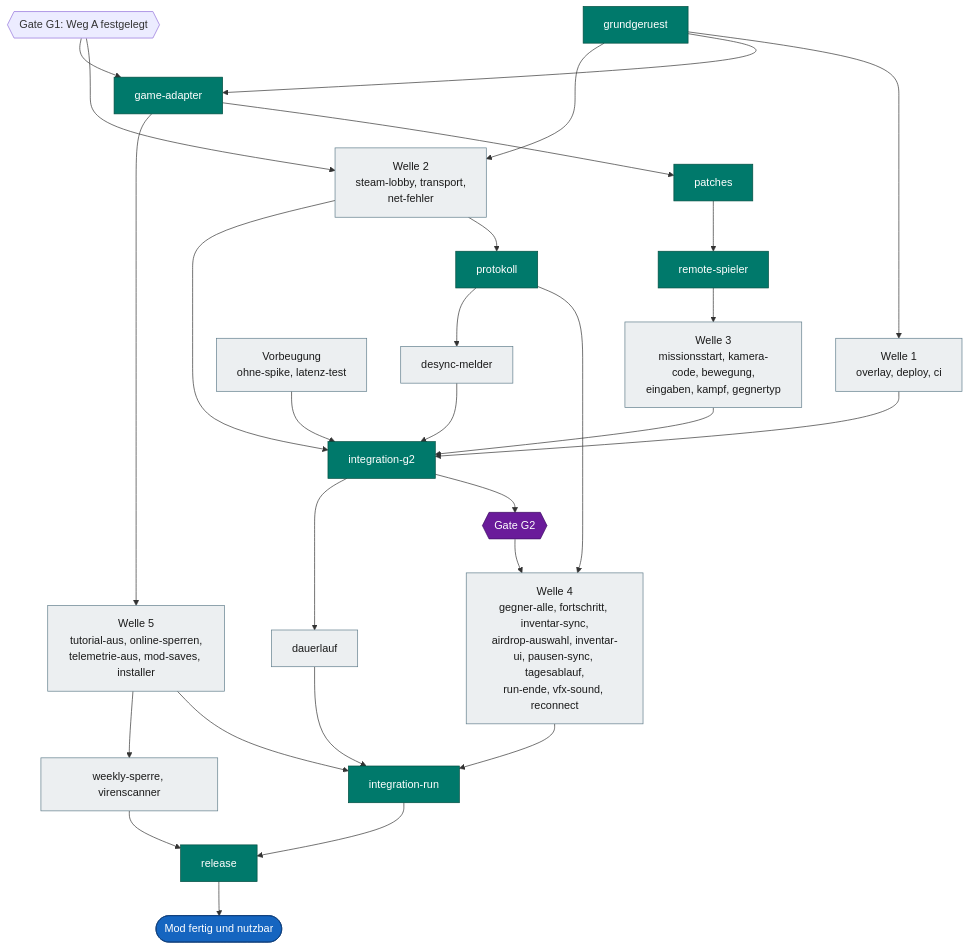
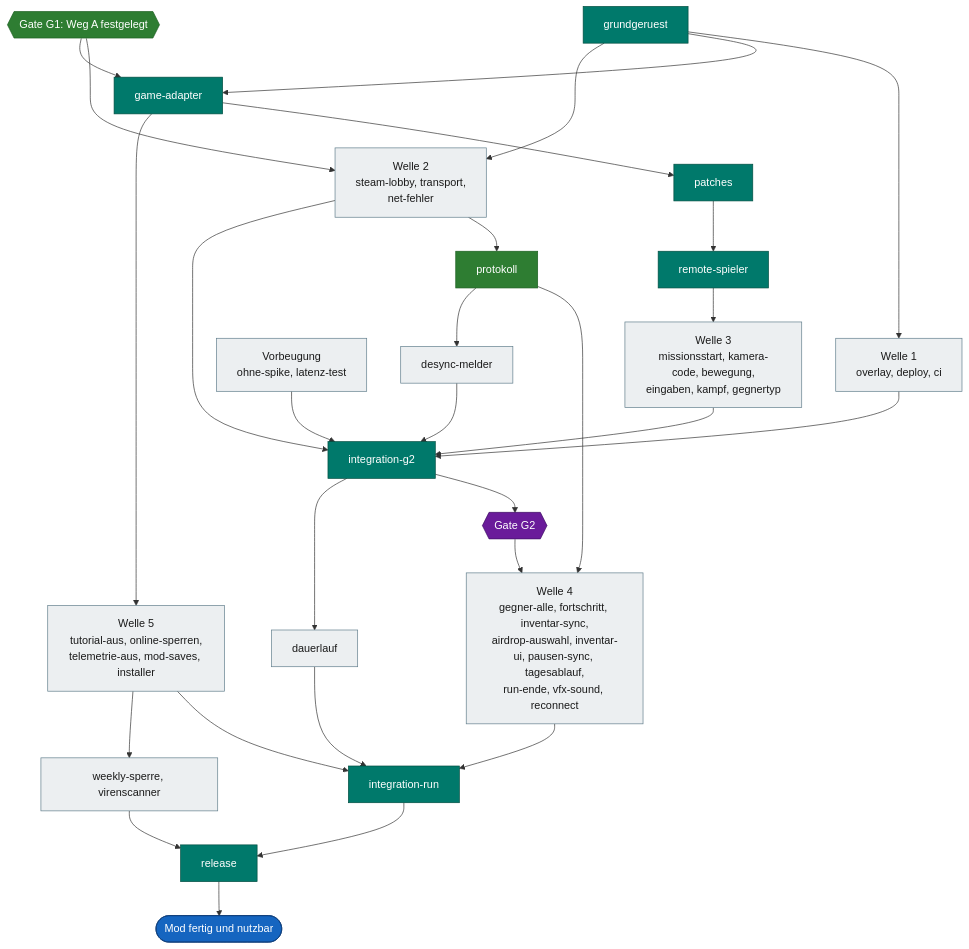
Before and after one commit to VitaminStack/Deadly-Days-Roadtrip-Multiplayer-Mod: the fourth of 4 diagrams in docs/ROADMAP.md, drawn with Mermaid. The commit also changed other lines of this file and 18 other files, not shown here.

````diff
--- a/docs/ROADMAP.md
+++ b/docs/ROADMAP.md
@@ -234,31 +235,32 @@
 ```mermaid
 flowchart TD
     GR["grundgeruest"]:::central --> W1["Welle 1<br/>overlay, deploy, ci"]:::open
     GR --> GA["game-adapter"]:::central
     G1{{"Gate G1: Weg A festgelegt"}}:::done --> W2["Welle 2<br/>steam-lobby, transport,<br/>net-fehler"]:::open
     GR --> W2
     G1 --> GA
     GA --> PT["patches"]:::central --> RS["remote-spieler"]:::central
     GA --> W5["Welle 5<br/>tutorial-aus, online-sperren,<br/>telemetrie-aus, mod-saves, installer"]:::open
     RS --> W3["Welle 3<br/>missionsstart, kamera-code, bewegung,<br/>eingaben, kampf, gegnertyp"]:::open
     W1 --> IG["integration-g2"]:::central
-    W2 --> PR["protokoll"]:::central
+    W2 --> PR["protokoll"]:::done
     W2 --> IG
     W3 --> IG
     IG --> G2{{"Gate G2"}}:::gate
     PR --> W4["Welle 4<br/>gegner-alle, fortschritt, inventar-sync,<br/>airdrop-auswahl, inventar-ui, pausen-sync, tagesablauf,<br/>run-ende, vfx-sound, reconnect"]:::open
     G2 --> W4
     W4 --> IR["integration-run"]:::central
     W5 --> IR
     RV["Vorbeugung<br/>ohne-spike, latenz-test"]:::open --> IG
     PR --> DS["desync-melder"]:::open --> IG
     IG --> DL["dauerlauf"]:::open --> IR
     W5 --> W6["weekly-sperre, virenscanner"]:::open --> RL
     IR --> RL["release"]:::central
     RL --> Z(["Mod fertig und nutzbar"]):::goal
 
+    classDef done fill:#2e7d32,stroke:#1b5e20,color:#ffffff
     classDef central fill:#00796b,stroke:#004d40,color:#ffffff
     classDef open fill:#eceff1,stroke:#607d8b,color:#1a1a1a
     classDef gate fill:#6a1b9a,stroke:#3e1163,color:#ffffff
     classDef goal fill:#1565c0,stroke:#0d3c78,color:#ffffff
 ```
````
